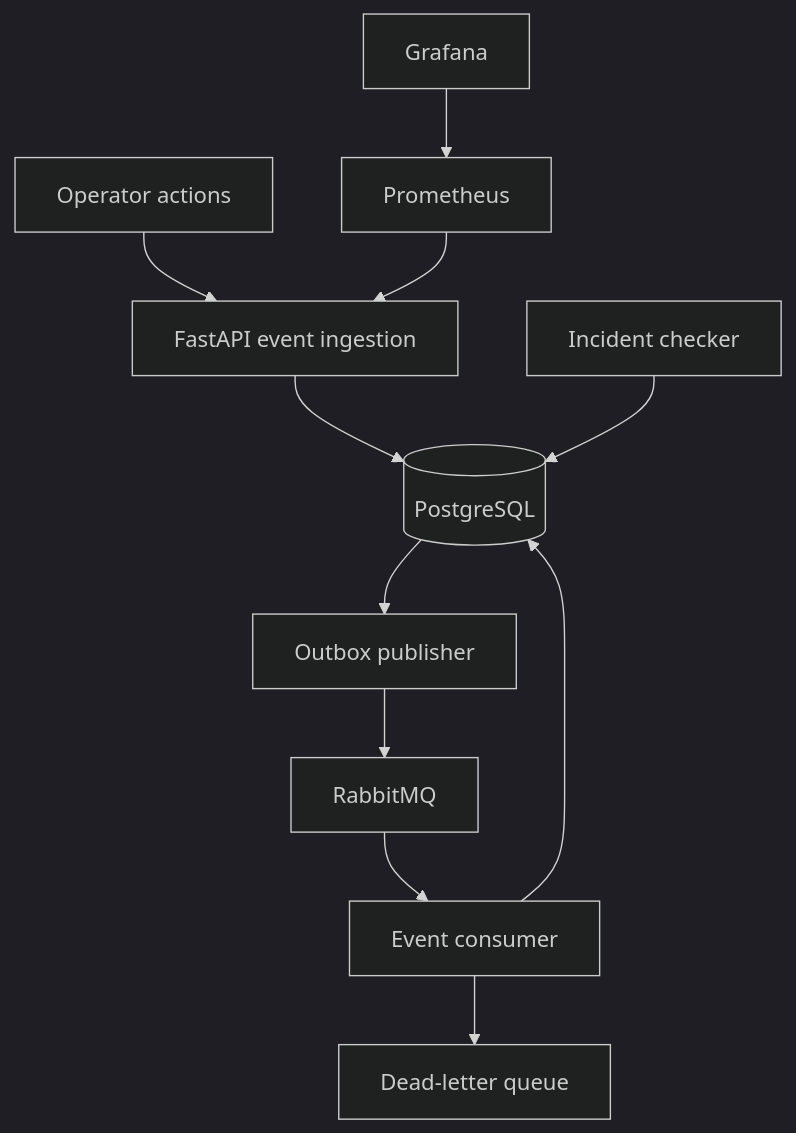
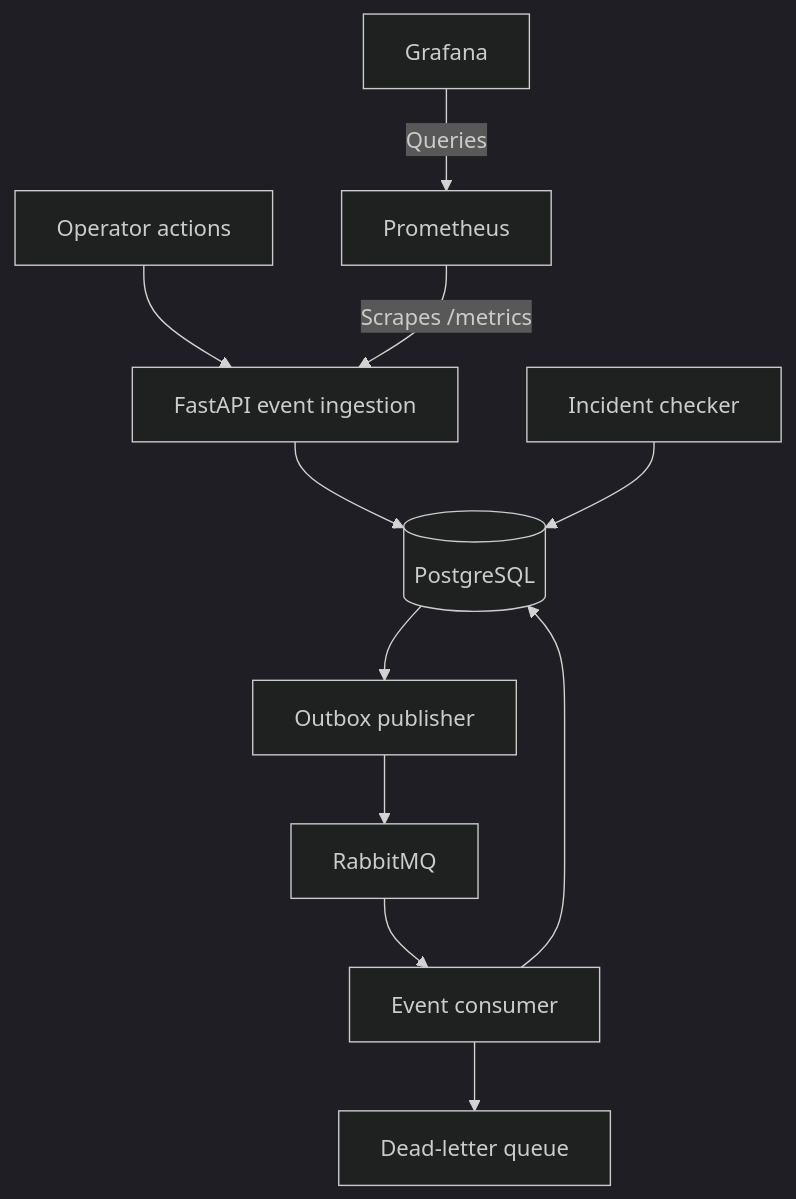
One commit to Sambala98/event-incident-platform changed the diagram in README.md. Above: the diagram before and after it, drawn with Mermaid (dark theme).

Commit message:
Clarify monitoring relationships in architecture diagram

````diff
--- a/README.md
+++ b/README.md
@@ -9,13 +9,13 @@
 ```mermaid
 flowchart TD
     API[FastAPI event ingestion] --> DB[(PostgreSQL)]
     DB --> Publisher[Outbox publisher]
     Publisher --> RabbitMQ[RabbitMQ]
     RabbitMQ --> Consumer[Event consumer]
     Consumer --> DB
     Consumer --> DLQ[Dead-letter queue]
     Checker[Incident checker] --> DB
     Operators[Operator actions] --> API
-    Prometheus[Prometheus] --> API
-    Grafana[Grafana] --> Prometheus
+    Prometheus[Prometheus] -->|Scrapes /metrics| API
+    Grafana[Grafana] -->|Queries| Prometheus
 ```
````
